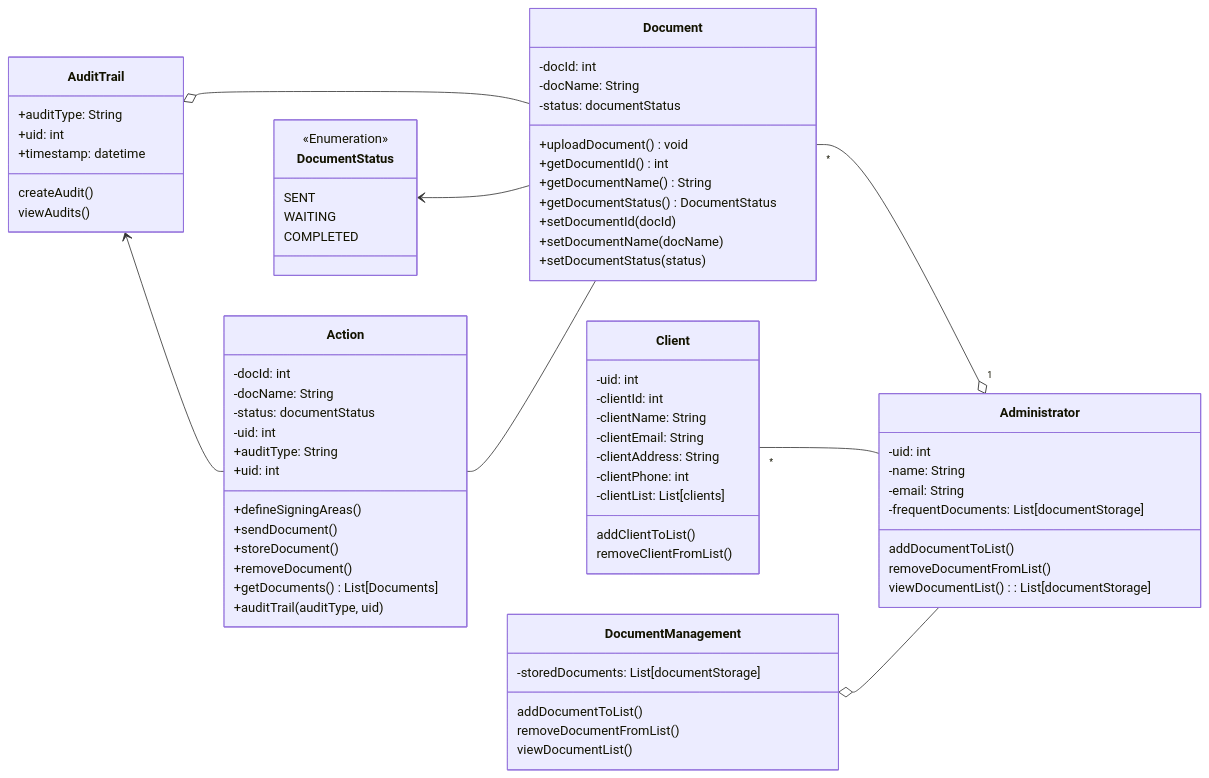
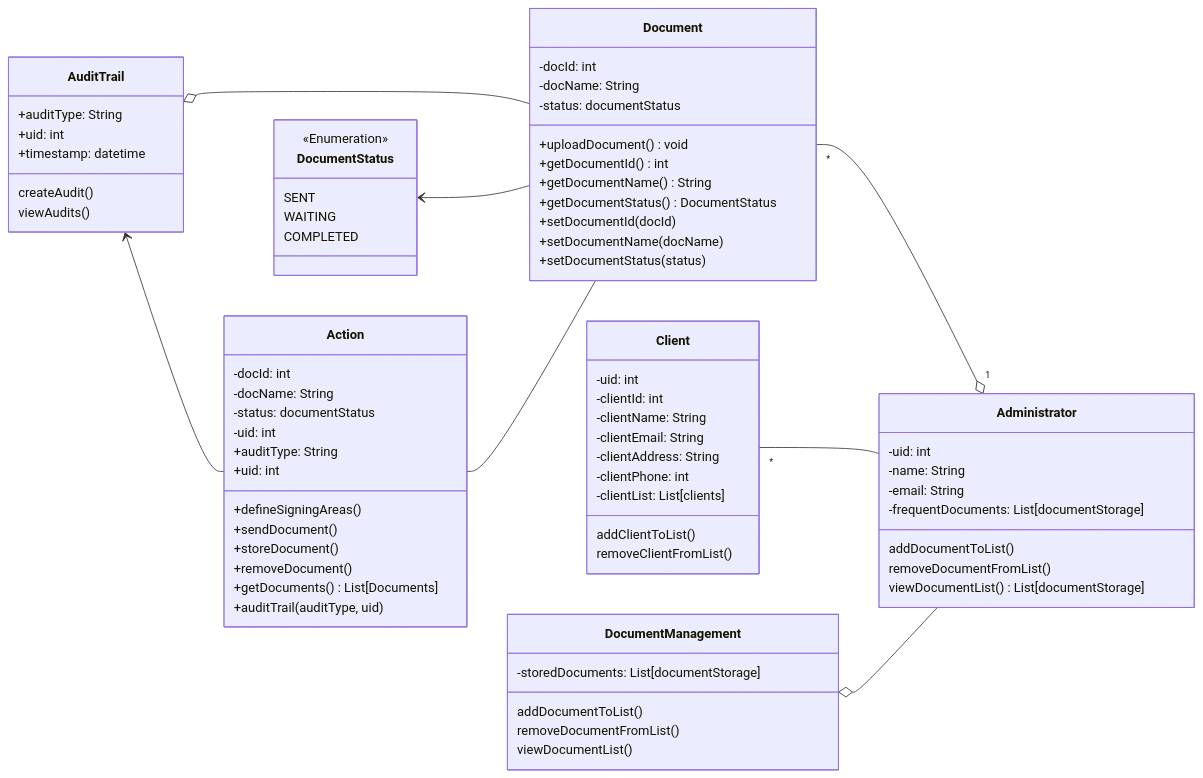
One commit to rileyjson/Cheetah-Sign changed the diagram in Design/DomainModel.md. Above: the diagram before and after it, drawn with Mermaid.

Commit message:
updated first draft

```diff
--- a/Design/DomainModel.md
+++ b/Design/DomainModel.md
@@ -44,7 +44,7 @@
 
         addDocumentToList()
         removeDocumentFromList()
-        viewDocumentList(): List[documentStorage]
+        viewDocumentList() List[documentStorage]
     }
 
     class Client {
```
